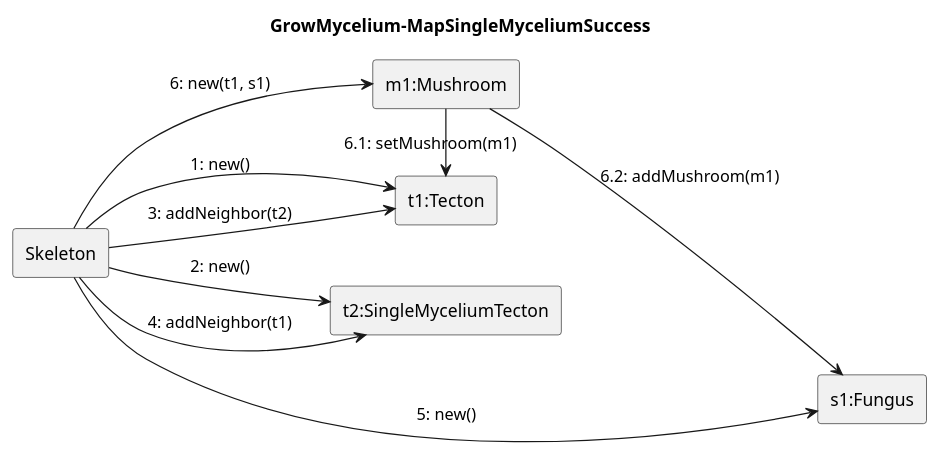
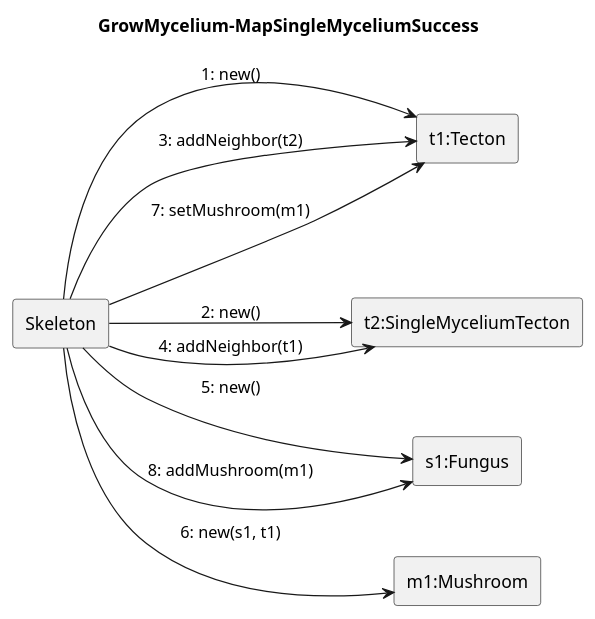
The diagram in Skeleton/Grow-mycelium/map-singlemycelium-success.puml (ZD4ve/projlab-error521), drawn with PlantUML before and after one commit. The commit also changed 4 other files, not shown here.

Commit message:
broken skeleton diagrams fixed

```diff
--- a/Skeleton/Grow-mycelium/map-singlemycelium-success.puml
+++ b/Skeleton/Grow-mycelium/map-singlemycelium-success.puml
@@ -1,21 +1,21 @@
 @startuml Grow-mycelium/map-singlemycelium-success
 left to right direction
 title GrowMycelium-MapSingleMyceliumSuccess
 
 rectangle Skeleton
 
 rectangle "t1:Tecton" as t1
 rectangle "t2:SingleMyceliumTecton" as t2
 rectangle "s1:Fungus" as s1
 rectangle "m1:Mushroom" as m1
 
 Skeleton --> t1: 1: new()
 Skeleton --> t2: 2: new()
 Skeleton --> t1: 3: addNeighbor(t2)
 Skeleton --> t2: 4: addNeighbor(t1)
 Skeleton --> s1: 5: new()
-Skeleton --> m1: 6: new(t1, s1)
-m1 -> t1 : 6.1: setMushroom(m1)
-m1 --> s1 : 6.2: addMushroom(m1)
+Skeleton --> m1: 6: new(s1, t1)
+Skeleton --> t1 : 7: setMushroom(m1)
+Skeleton --> s1 : 8: addMushroom(m1)
 
 @enduml
```
